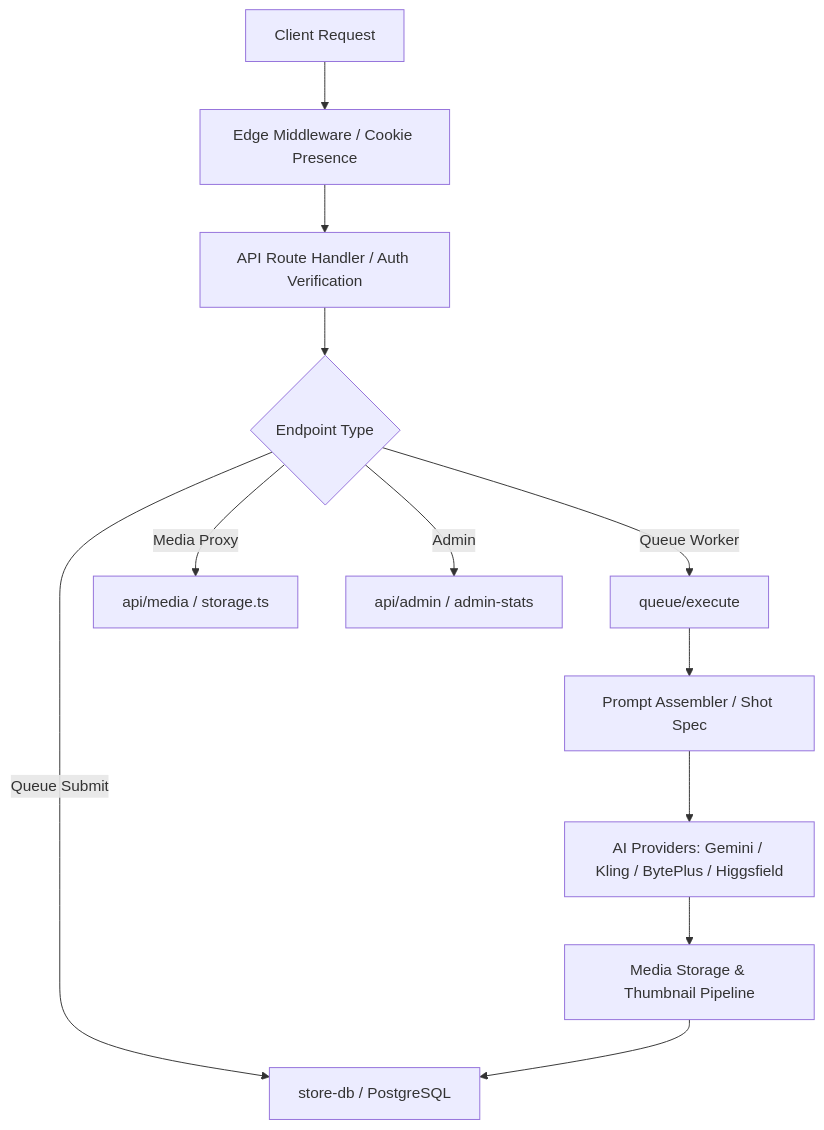
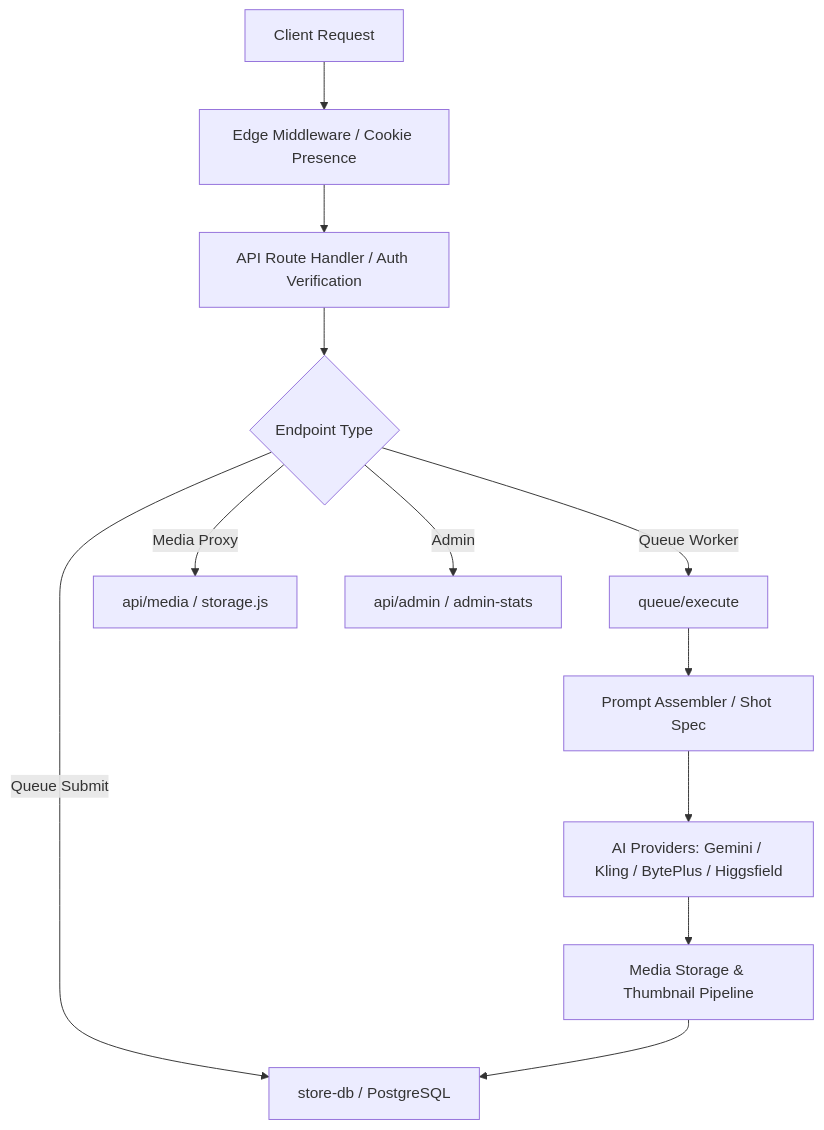
One commit to amazingindianstories-stack/AIStudio changed the diagram in BACKEND_AUDIT.md. Above: the diagram before and after it, drawn with Mermaid. The commit also changed other lines of this file and 15 other files, not shown here.

````diff
--- a/BACKEND_AUDIT.md
+++ b/BACKEND_AUDIT.md
@@ -243,15 +250,15 @@
 ```mermaid
 graph TD
     A[Client Request] --> B[Edge Middleware / Cookie Presence]
     B --> C[API Route Handler / Auth Verification]
     C --> D{Endpoint Type}
     D -->|Queue Submit| E[store-db / PostgreSQL]
     D -->|Queue Worker| F[queue/execute]
-    D -->|Media Proxy| G[api/media / storage.ts]
+    D -->|Media Proxy| G[api/media / storage.js]
     D -->|Admin| H[api/admin / admin-stats]
     
     F --> I[Prompt Assembler / Shot Spec]
     I --> J[AI Providers: Gemini / Kling / BytePlus / Higgsfield]
     J --> K[Media Storage & Thumbnail Pipeline]
     K --> E
 ```
````
